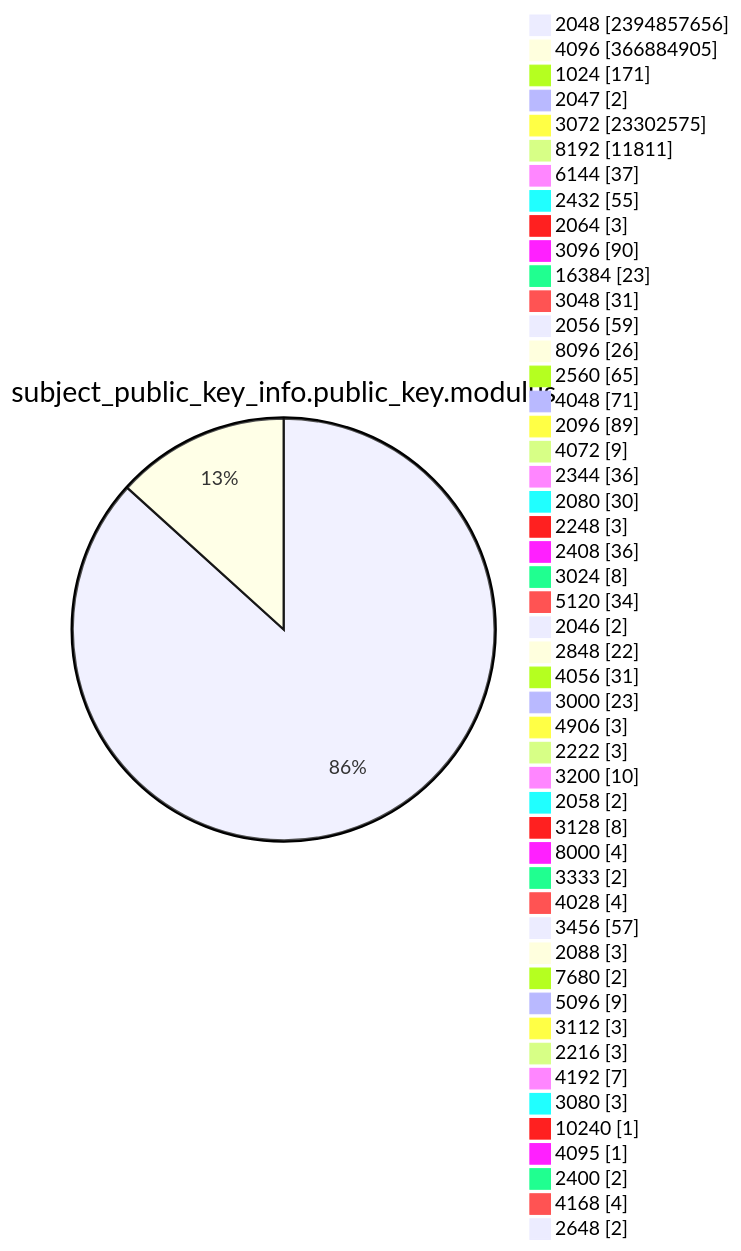
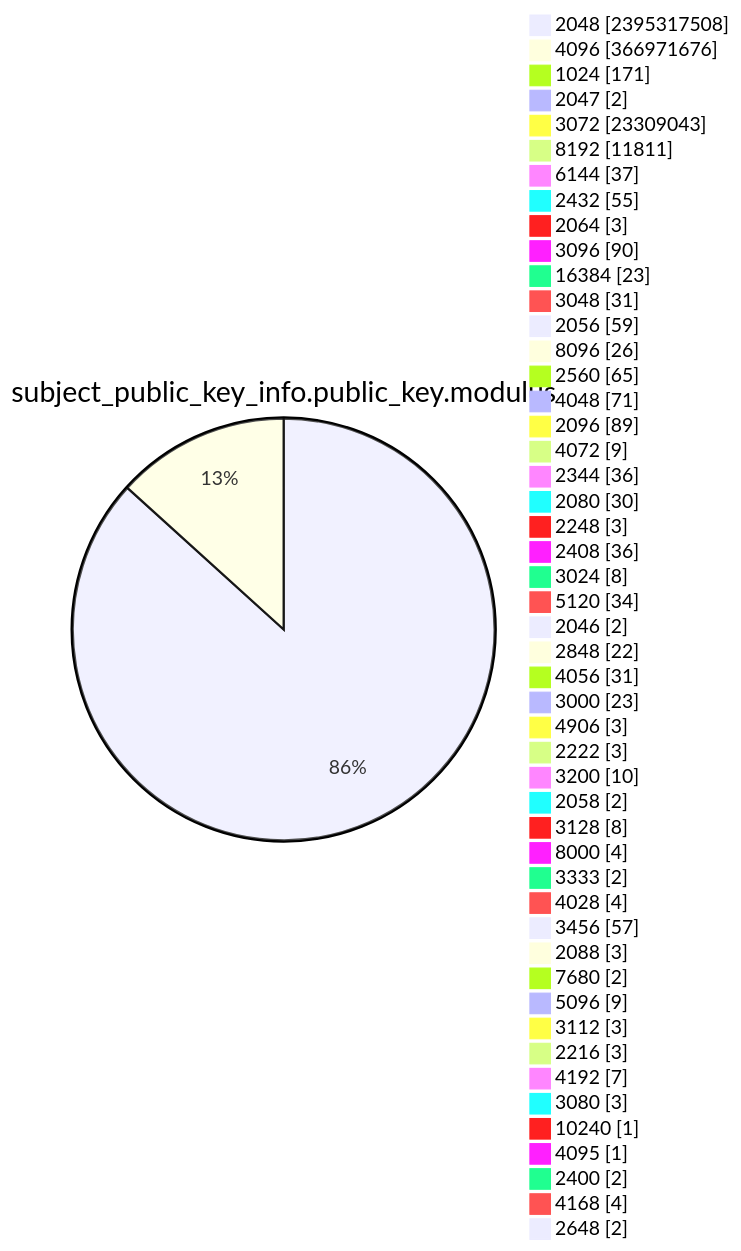
Before and after one commit to christiankrug/ctmonitor_visualization: diagram 13 of 15 in TOTAL/README.md, drawn with Mermaid. The commit also changed other lines of this file, not shown here.

````diff
--- a/TOTAL/README.md
+++ b/TOTAL/README.md
@@ -4167,53 +4167,53 @@
 ```mermaid
 pie showData
 title subject_public_key_info.public_key.modulus
-"2048" :2394857656
-"4096" :366884905
+"2048" :2395317508
+"4096" :366971676
 "1024" :171
 "2047" :2
-"3072" :23302575
+"3072" :23309043
 "8192" :11811
 "6144" :37
 "2432" :55
 "2064" :3
 "3096" :90
 "16384" :23
 "3048" :31
 "2056" :59
 "8096" :26
 "2560" :65
 "4048" :71
 "2096" :89
 "4072" :9
 "2344" :36
 "2080" :30
 "2248" :3
 "2408" :36
 "3024" :8
 "5120" :34
 "2046" :2
 "2848" :22
 "4056" :31
 "3000" :23
 "4906" :3
 "2222" :3
 "3200" :10
 "2058" :2
 "3128" :8
 "8000" :4
 "3333" :2
 "4028" :4
 "3456" :57
 "2088" :3
 "7680" :2
 "5096" :9
 "3112" :3
 "2216" :3
 "4192" :7
 "3080" :3
 "10240" :1
 "4095" :1
 "2400" :2
 "4168" :4
 "2648" :2
 ```
````
